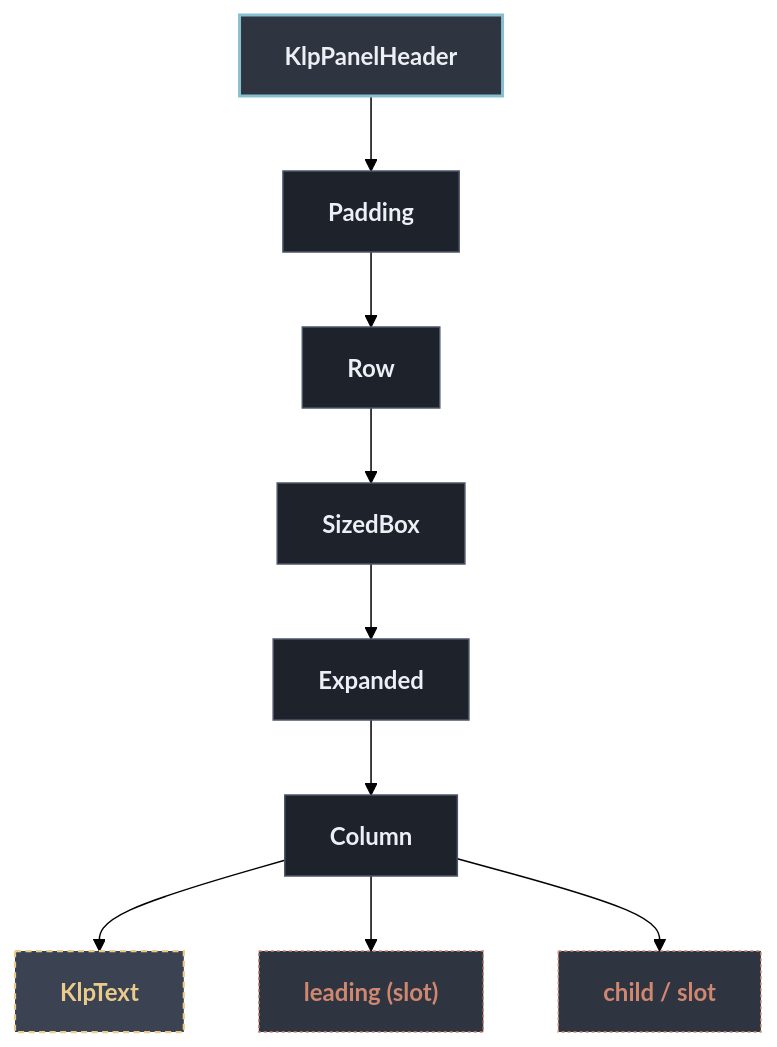
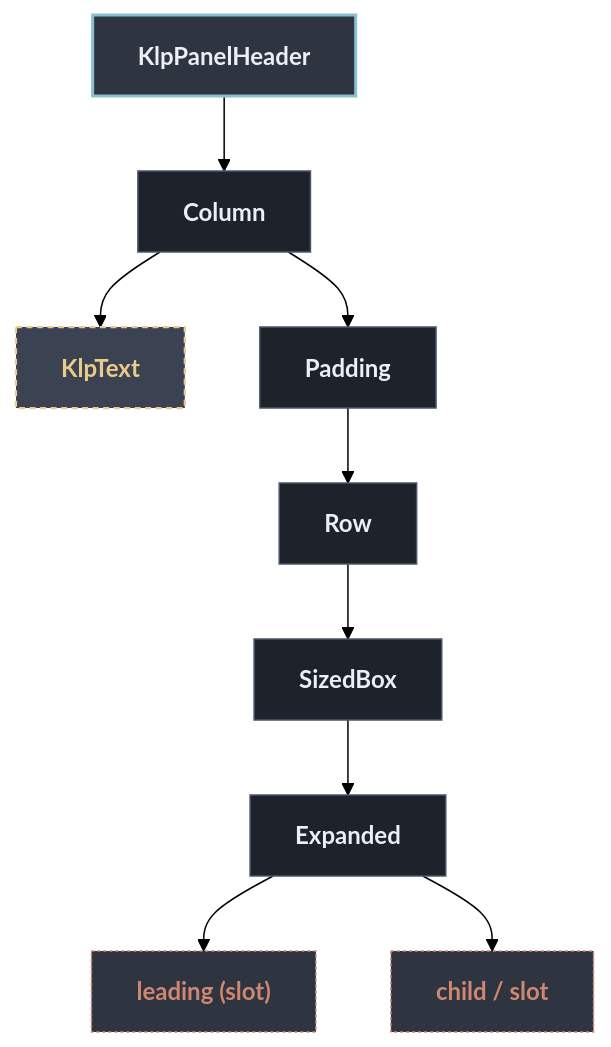
The diagram in docs/architecture/components/shell/klp_panel_header.md (MiuDog/Kallopis), drawn with Mermaid (forest theme) before and after one commit. The commit also changed other lines of this file and 1105 other files, not shown here.

Commit message:
refactor: establish semantic design architecture

````diff
--- a/docs/architecture/components/shell/klp_panel_header.md
+++ b/docs/architecture/components/shell/klp_panel_header.md
@@ -13,26 +13,26 @@
 ```mermaid
 flowchart TD
   classDef default fill:#1E222B,stroke:#4C566A,stroke-width:1px,color:#ECEFF4;
   classDef root fill:#2E3440,stroke:#88C0D0,stroke-width:2px,color:#ECEFF4,font-weight:bold;
   classDef reference fill:#3B4252,stroke:#EBCB8B,stroke-width:1.5px,stroke-dasharray: 4 3,color:#EBCB8B;
   classDef container fill:#2E3440,stroke:#A3BE8C,stroke-width:1.5px,color:#A3BE8C;
   classDef slot fill:#2E3440,stroke:#D08770,stroke-width:1px,stroke-dasharray: 2 2,color:#D08770;
 
   root["KlpPanelHeader"]:::root
-  n1["Padding"]
+  n1["Column"]
   root --> n1
-  n2["Row"]
+  n2["KlpText"]:::reference
   n1 --> n2
-  n3["SizedBox"]
-  n2 --> n3
-  n4["Expanded"]
+  n3["Padding"]
+  n1 --> n3
+  n4["Row"]
   n3 --> n4
-  n5["Column"]
+  n5["SizedBox"]
   n4 --> n5
-  n6["KlpText"]:::reference
+  n6["Expanded"]
   n5 --> n6
   n7["leading (slot)"]:::slot
-  n5 --> n7
+  n6 --> n7
   n8["child / slot"]:::slot
-  n5 --> n8
+  n6 --> n8
 ```
````
